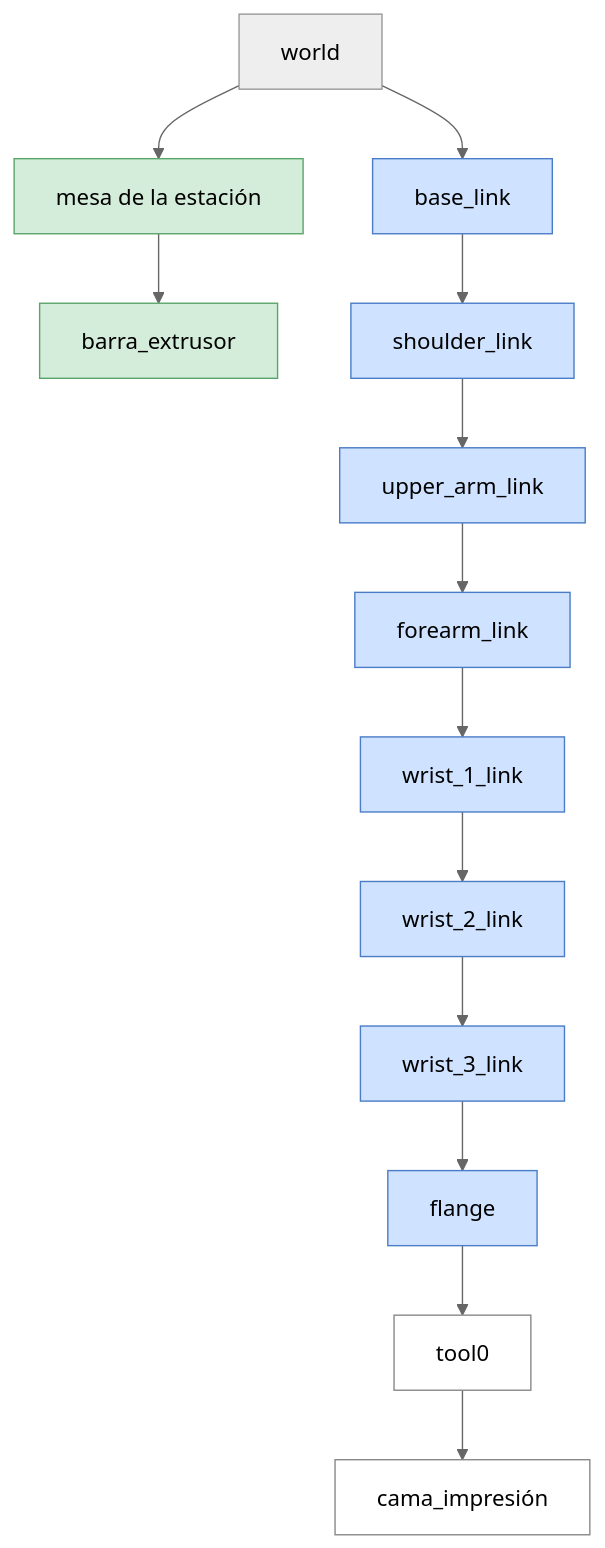
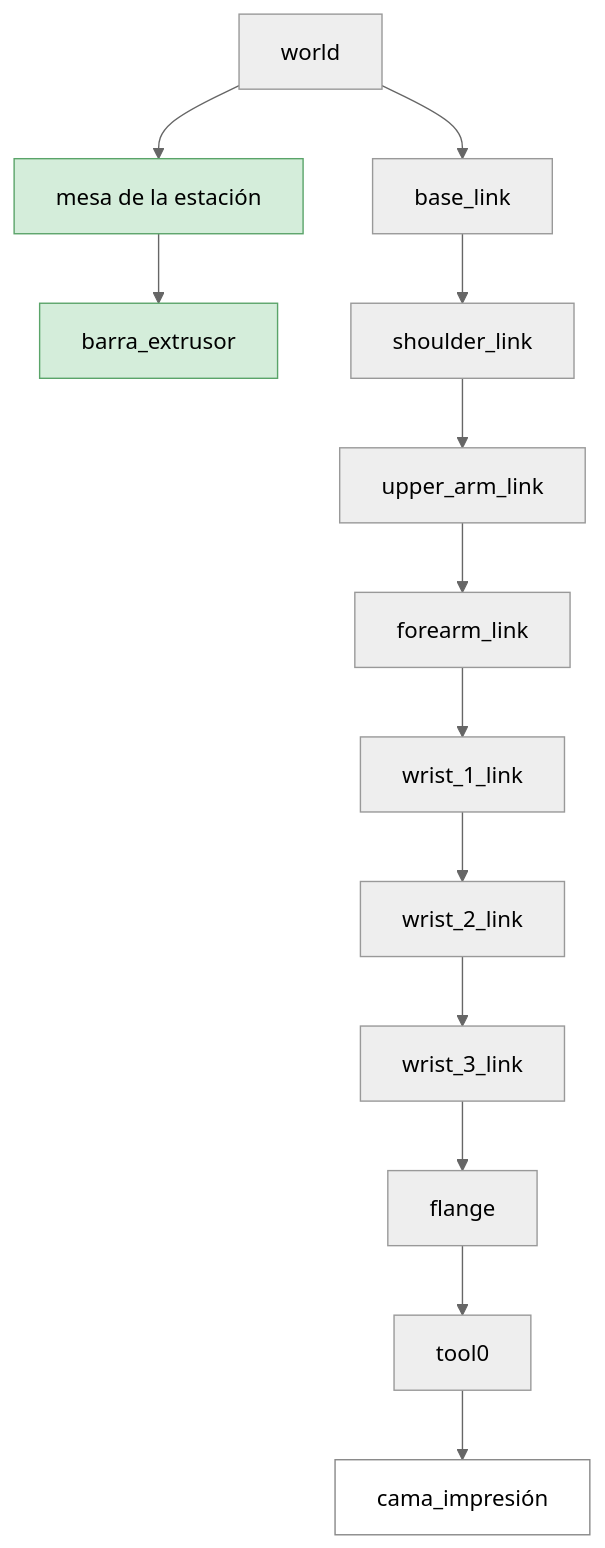
Before and after one commit to PedroAcero/tfm_workspace: the diagram in src/docs/simulation.md, drawn with Mermaid (neutral theme). The commit also changed other lines of this file, not shown here.

````diff
--- a/src/docs/simulation.md
+++ b/src/docs/simulation.md
@@ -107,13 +118,13 @@
 ```mermaid
 graph TD
     world --> mesa["mesa de la estación"]
     mesa --> barra["barra_extrusor"]
     world --> base_link --> shoulder_link --> upper_arm_link --> forearm_link --> wrist_1_link --> wrist_2_link --> wrist_3_link --> flange --> tool0 --> cama["cama_impresión"]
-
+ 
     classDef robot fill:#cfe2ff,stroke:#4a7cc7,color:#000
     classDef env fill:#d4edda,stroke:#5aa469,color:#000
     classDef tool fill:#ffffff,stroke:#888888,color:#000
-    class base_link,shoulder_link,upper_arm_link,forearm_link,wrist_1_link,wrist_2_link,wrist_3_link,flange robot
+    class base_link,shoulder_link,upper_arm_link,forearm_link,wrist_1_link,wrist_2_link,wrist_3_link,flange robot,tool0
     class mesa,barra env
-    class tool0,cama tool
+    class cama tool
 ```
````
